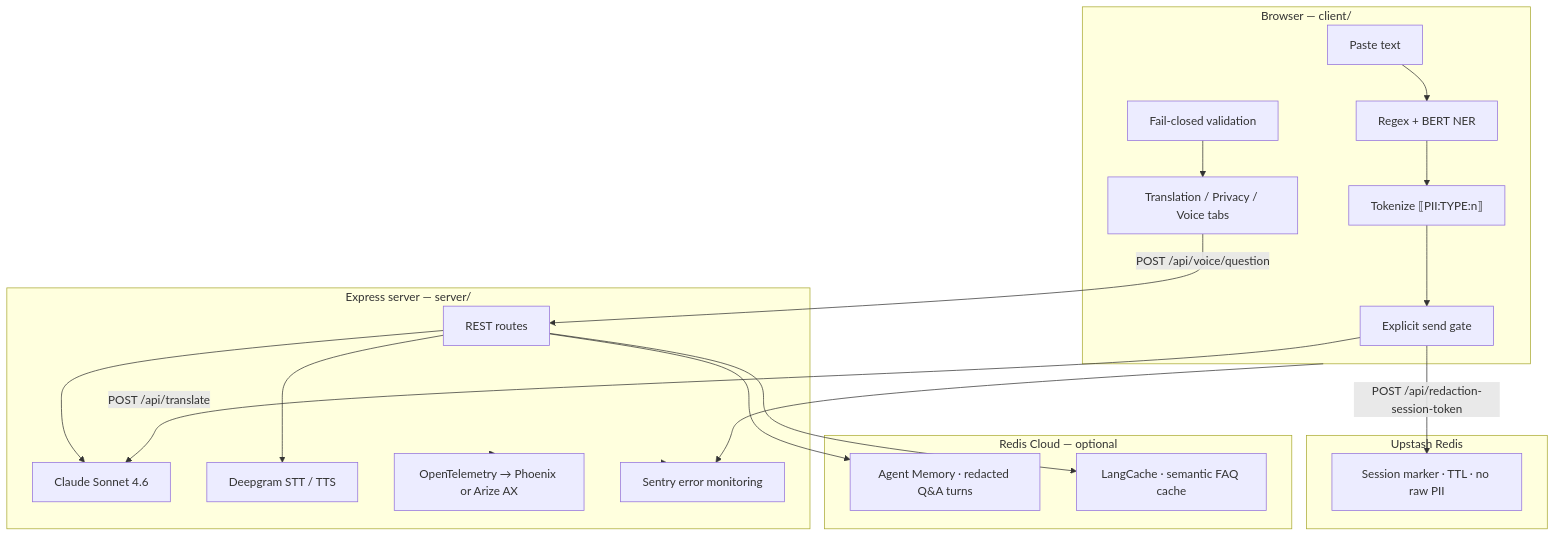
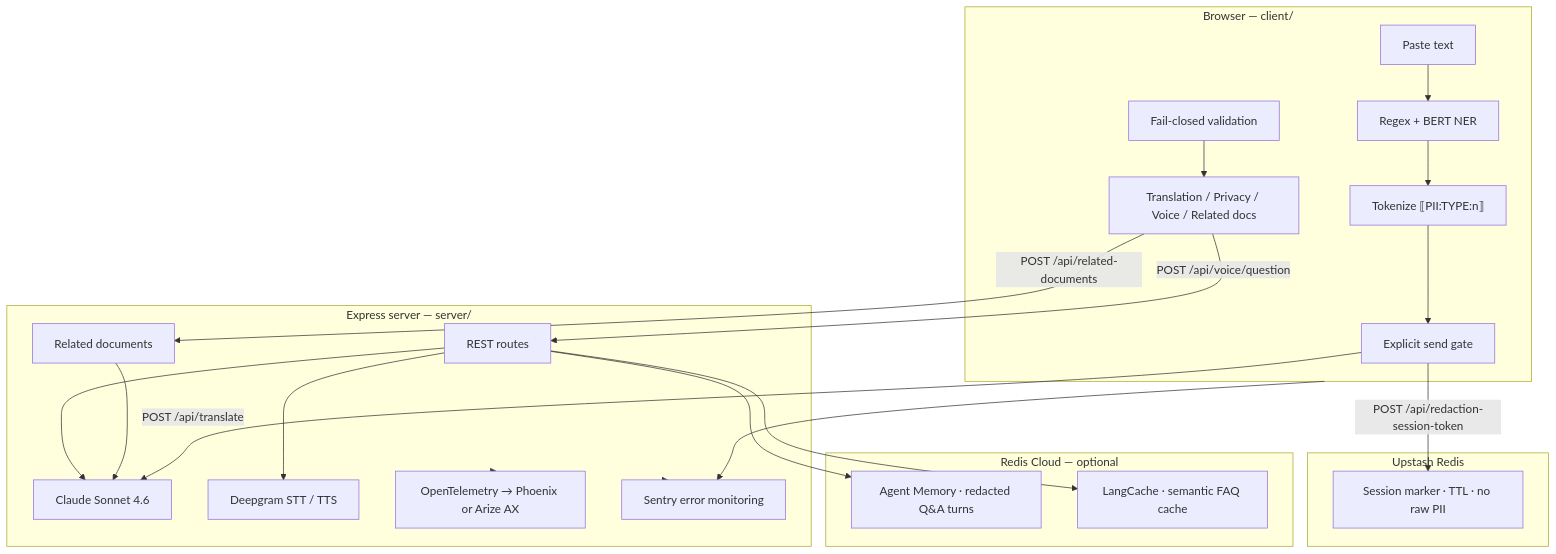
Before and after one commit to shanghanyan/Passage: the diagram in PROJECT_ARCHITECTURE.md, drawn with Mermaid. The commit also changed other lines of this file and 22 other files, not shown here.

````diff
--- a/PROJECT_ARCHITECTURE.md
+++ b/PROJECT_ARCHITECTURE.md
@@ -32,41 +33,44 @@
 ```mermaid
 flowchart TB
   subgraph browser [Browser — client/]
     Input[Paste text]
     Detect[Regex + BERT NER]
     Redact["Tokenize ⟦PII:TYPE:n⟧"]
     Gate[Explicit send gate]
     Validate[Fail-closed validation]
-    UI[Translation / Privacy / Voice tabs]
+    UI[Translation / Privacy / Voice / Related docs]
   end
 
   subgraph upstash [Upstash Redis]
     Session["Session marker · TTL · no raw PII"]
   end
 
   subgraph redisCloud [Redis Cloud — optional]
     AM[Agent Memory · redacted Q&A turns]
     LC[LangCache · semantic FAQ cache]
   end
 
   subgraph server [Express server — server/]
     Routes[REST routes]
     Claude[Claude Sonnet 4.6]
     DG[Deepgram STT / TTS]
+    RelDocs[Related documents]
     OTEL[OpenTelemetry → Phoenix or Arize AX]
     Sentry[Sentry error monitoring]
   end
 
   Input --> Detect --> Redact --> Gate
   Gate -->|POST /api/redaction-session-token| Session
   Gate -->|POST /api/translate| Claude
   Validate --> UI
+  UI -->|POST /api/related-documents| RelDocs
+  RelDocs --> Claude
   UI -->|POST /api/voice/question| Routes
   Routes --> AM
   Routes --> LC
   Routes --> Claude
   Routes --> DG
   server --> OTEL
   browser --> Sentry
   server --> Sentry
 ```
````
